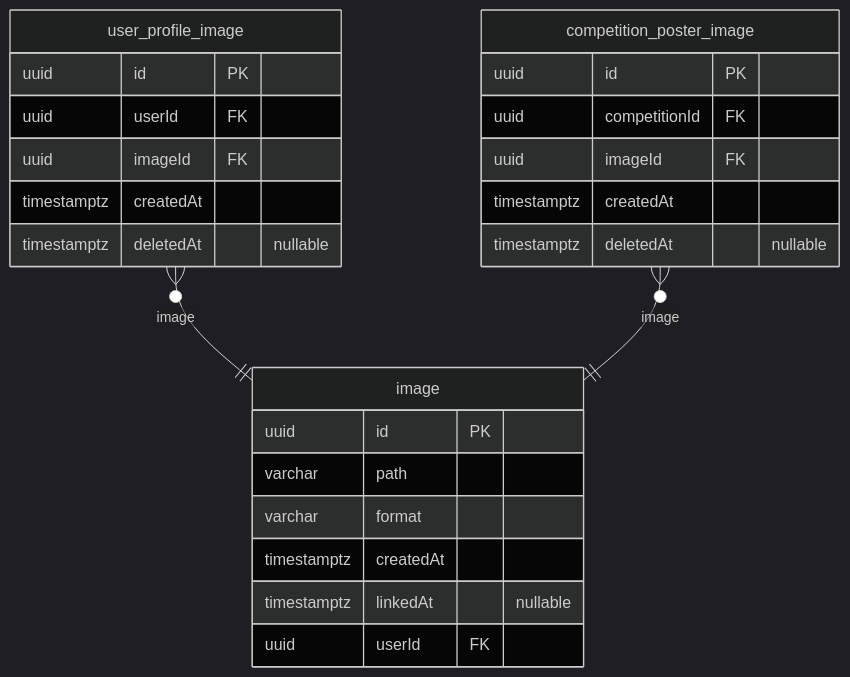
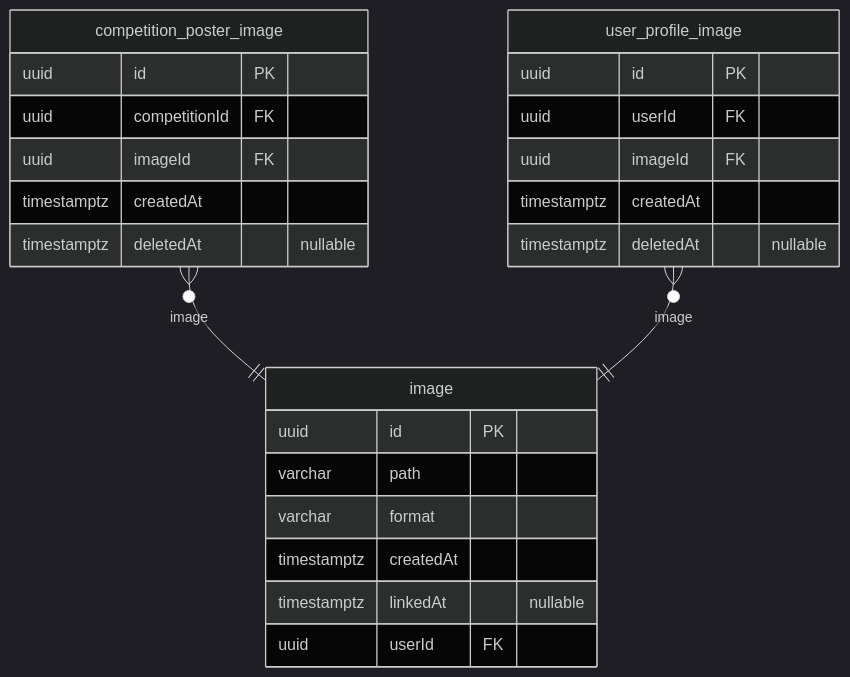
The fifth of 6 diagrams in docs/najiha-v2-erd.md (NAJUHA-JIUJITSU/najuha-v2-be), drawn with Mermaid (dark theme) before and after one commit. The commit also changed other lines of this file and 14 other files, not shown here.

````diff
--- a/docs/najiha-v2-erd.md
+++ b/docs/najiha-v2-erd.md
@@ -956,27 +956,27 @@
 ```mermaid
 erDiagram
+  competition_poster_image {
+    uuid id PK
+    uuid competitionId FK
+    uuid imageId FK
+    timestamptz createdAt
+    timestamptz deletedAt "nullable"
+  }
   user_profile_image {
     uuid id PK
     uuid userId FK
     uuid imageId FK
     timestamptz createdAt
     timestamptz deletedAt "nullable"
   }
   image {
     uuid id PK
     varchar path
     varchar format
     timestamptz createdAt
     timestamptz linkedAt "nullable"
     uuid userId FK
   }
-  competition_poster_image {
-    uuid id PK
-    uuid competitionId FK
-    uuid imageId FK
-    timestamptz createdAt
-    timestamptz deletedAt "nullable"
-  }
+  competition_poster_image }o--|| image: image
   user_profile_image }o--|| image: image
-  competition_poster_image }o--|| image: image
 ```
````
